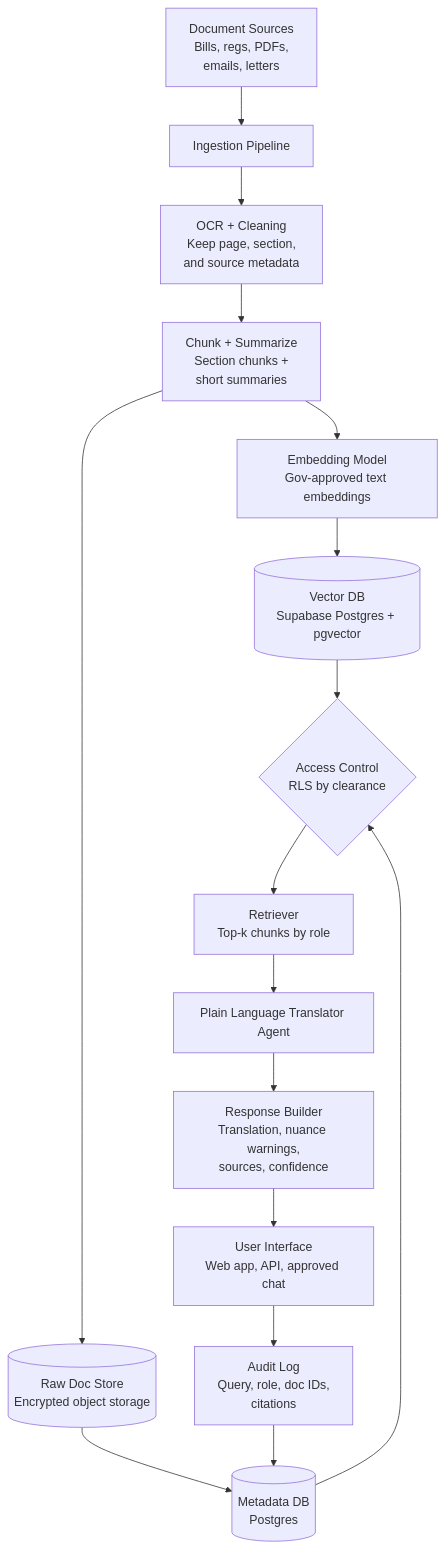
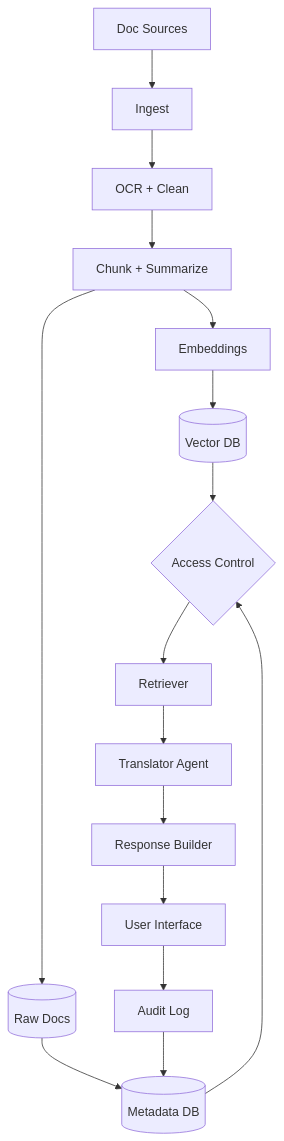
Before and after one commit to pcn287/Data-science-and-AI-for-system-engineering-SYSEN5381: the diagram in assignment_module11/lab/congress_lab_submission.md, drawn with Mermaid. The commit also changed 1 other file, not shown here.

````diff
--- a/assignment_module11/lab/congress_lab_submission.md
+++ b/assignment_module11/lab/congress_lab_submission.md
@@ -62,18 +62,18 @@
 ```mermaid
 flowchart TD
-    A[Document Sources<br/>Bills, regs, PDFs,<br/>emails, letters] --> B[Ingestion Pipeline]
-    B --> C[OCR + Cleaning<br/>Keep page, section,<br/>and source metadata]
-    C --> D[Chunk + Summarize<br/>Section chunks +<br/>short summaries]
-    D --> E[Embedding Model<br/>Gov-approved text embeddings]
-    D --> F[(Raw Doc Store<br/>Encrypted object storage)]
-    E --> G[(Vector DB<br/>Supabase Postgres + pgvector)]
-    F --> H[(Metadata DB<br/>Postgres)]
-    G --> I{Access Control<br/>RLS by clearance}
+    A[Doc Sources] --> B[Ingest]
+    B --> C[OCR + Clean]
+    C --> D[Chunk + Summarize]
+    D --> E[Embeddings]
+    D --> F[(Raw Docs)]
+    E --> G[(Vector DB)]
+    F --> H[(Metadata DB)]
+    G --> I{Access Control}
     H --> I
-    I --> J[Retriever<br/>Top-k chunks by role]
-    J --> K[Plain Language Translator Agent]
-    K --> L[Response Builder<br/>Translation, nuance warnings,<br/>sources, confidence]
-    L --> M[User Interface<br/>Web app, API, approved chat]
-    N[Audit Log<br/>Query, role, doc IDs,<br/>citations] --> H
+    I --> J[Retriever]
+    J --> K[Translator Agent]
+    K --> L[Response Builder]
+    L --> M[User Interface]
+    N[Audit Log] --> H
     M --> N
 ```
````
